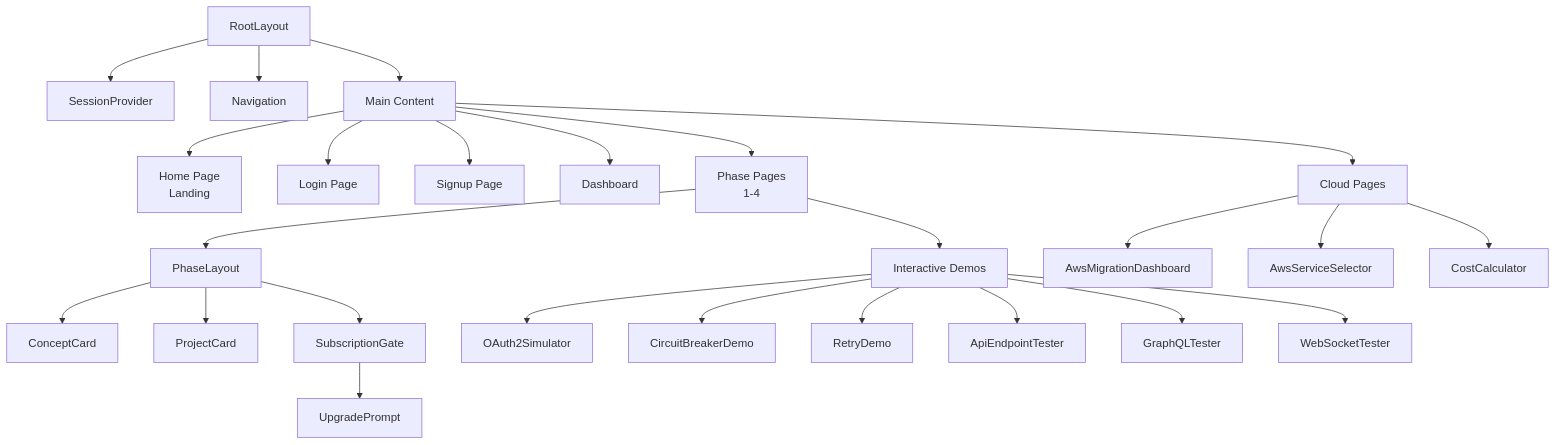
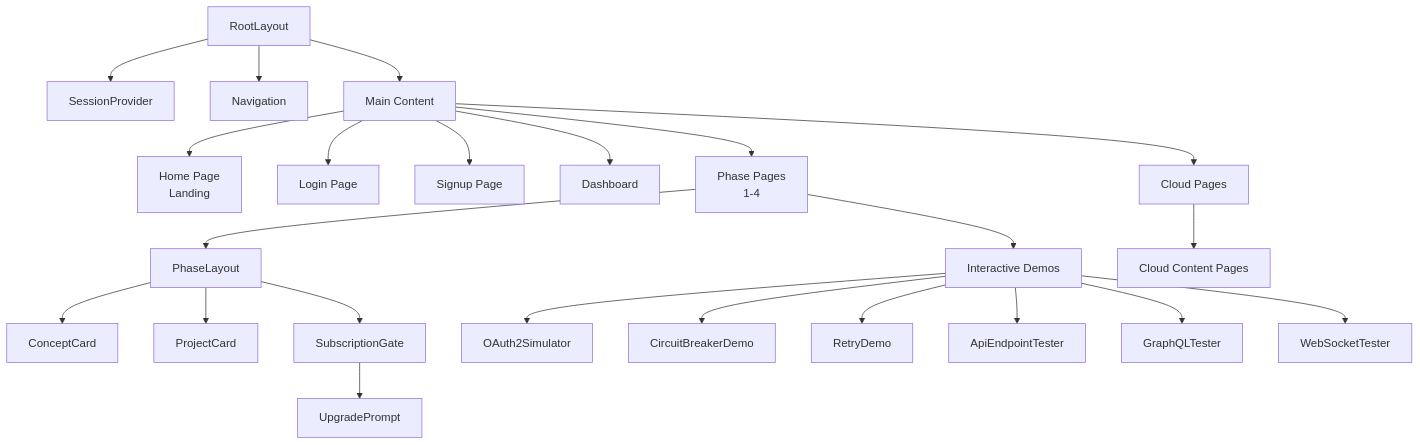
Before and after one commit to devcamos/apisandbox: the fifth of 10 diagrams in docs/ARCHITECTURE.md, drawn with Mermaid. The commit also changed 10 other files, not shown here.

````diff
--- a/docs/ARCHITECTURE.md
+++ b/docs/ARCHITECTURE.md
@@ -195,32 +195,30 @@
 ```mermaid
 graph TD
     RootLayout[RootLayout] --> SessionProvider[SessionProvider]
     RootLayout --> Navigation[Navigation]
     RootLayout --> Main[Main Content]
     
     Main --> HomePage[Home Page<br/>Landing]
     Main --> LoginPage[Login Page]
     Main --> SignupPage[Signup Page]
     Main --> DashboardPage[Dashboard]
     Main --> PhasePages[Phase Pages<br/>1-4]
     Main --> CloudPages[Cloud Pages]
     
     PhasePages --> PhaseLayout[PhaseLayout]
     PhaseLayout --> ConceptCard[ConceptCard]
     PhaseLayout --> ProjectCard[ProjectCard]
     PhaseLayout --> SubscriptionGate[SubscriptionGate]
     
     SubscriptionGate --> UpgradePrompt[UpgradePrompt]
     
-    CloudPages --> AwsMigrationDashboard[AwsMigrationDashboard]
-    CloudPages --> AwsServiceSelector[AwsServiceSelector]
-    CloudPages --> CostCalculator[CostCalculator]
+    CloudPages --> CloudContent[Cloud Content Pages]
     
     PhasePages --> InteractiveDemos[Interactive Demos]
     InteractiveDemos --> OAuth2Simulator[OAuth2Simulator]
     InteractiveDemos --> CircuitBreakerDemo[CircuitBreakerDemo]
     InteractiveDemos --> RetryDemo[RetryDemo]
     InteractiveDemos --> ApiEndpointTester[ApiEndpointTester]
     InteractiveDemos --> GraphQLTester[GraphQLTester]
     InteractiveDemos --> WebSocketTester[WebSocketTester]
 ```
````
